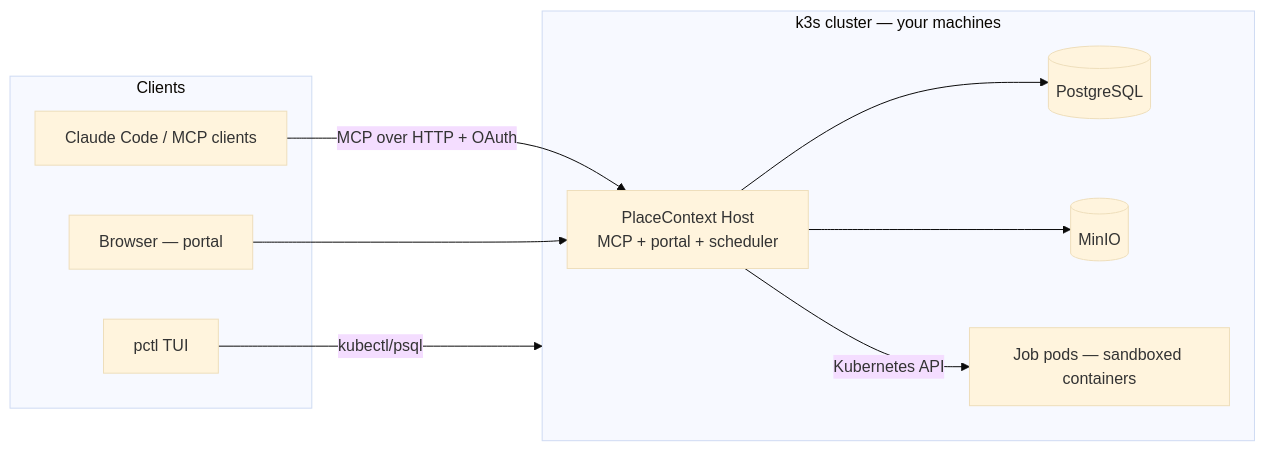
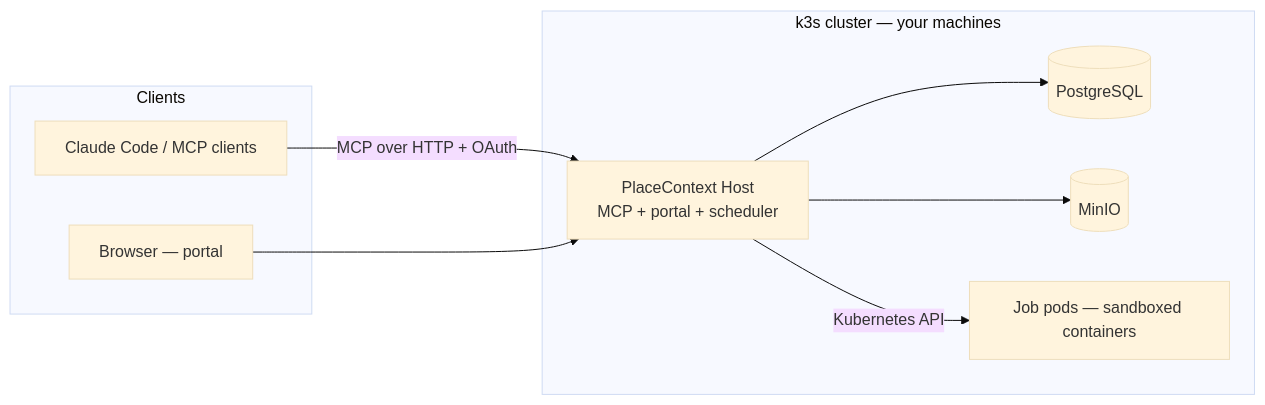
One commit to bradlnz/placecontext changed the second of 2 diagrams in README.md. Above: the diagram before and after it, drawn with Mermaid (base theme). The commit also changed other lines of this file and 74 other files, not shown here.

````diff
--- a/README.md
+++ b/README.md
@@ -112,20 +104,18 @@
 ```mermaid
 flowchart LR
     subgraph clients [Clients]
         CC[Claude Code / MCP clients]
         B[Browser — portal]
-        T[pctl TUI]
     end
     subgraph cluster [k3s cluster — your machines]
         H[PlaceContext Host<br/>MCP + portal + scheduler]
         P[(PostgreSQL)]
         O[(MinIO)]
         J[Job pods — sandboxed containers]
     end
     CC -- "MCP over HTTP + OAuth" --> H
     B --> H
-    T -- kubectl/psql --> cluster
     H --> P
     H --> O
     H -- Kubernetes API --> J
 ```
````
